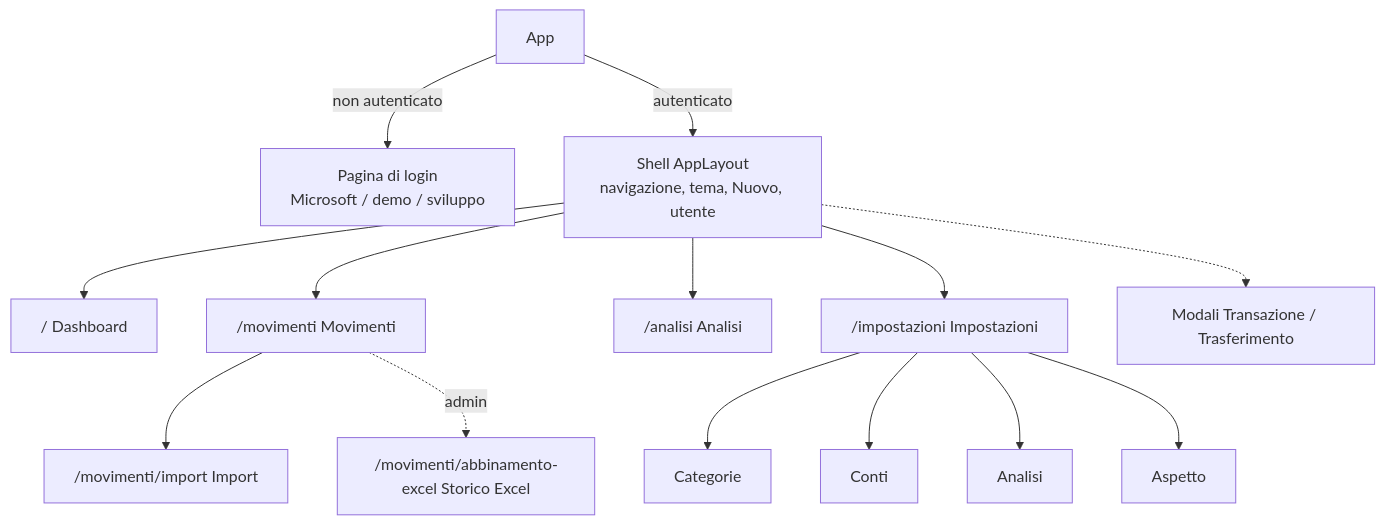
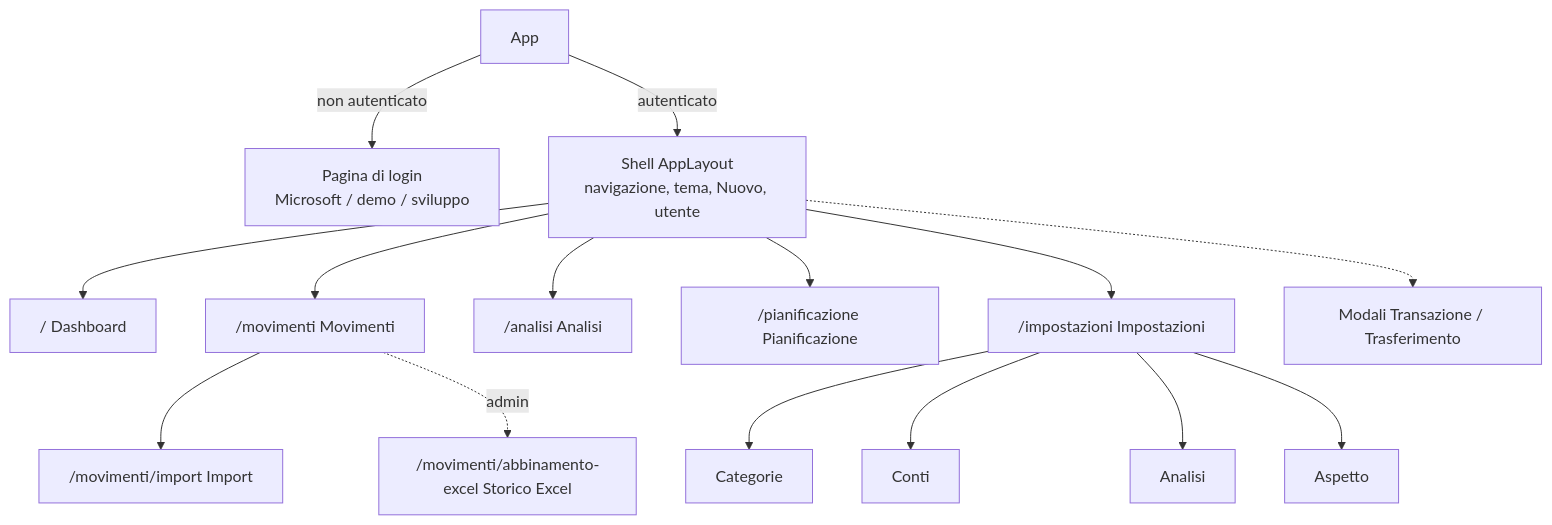
One commit to roberto-desalvo/ExpenseTracker.App changed the diagram in docs/03-frontend.md. Above: the diagram before and after it, drawn with Mermaid. The commit also changed other lines of this file and 35 other files, not shown here.

````diff
--- a/docs/03-frontend.md
+++ b/docs/03-frontend.md
@@ -7,16 +7,17 @@
 ```mermaid
 flowchart TD
     app[App] -->|non autenticato| login[Pagina di login<br/>Microsoft / demo / sviluppo]
     app -->|autenticato| shell[Shell AppLayout<br/>navigazione, tema, Nuovo, utente]
     shell --> dash["/ Dashboard"]
     shell --> mov["/movimenti Movimenti"]
     mov --> movimp["/movimenti/import Import"]
     mov -.->|admin| movxls["/movimenti/abbinamento-excel Storico Excel"]
     shell --> ana["/analisi Analisi"]
+    shell --> pian["/pianificazione Pianificazione"]
     shell --> imp["/impostazioni Impostazioni"]
     imp --> cat[Categorie]
     imp --> conti[Conti]
     imp --> impana[Analisi]
     imp --> asp[Aspetto]
     shell -.-> modali[Modali Transazione / Trasferimento]
 ```
````
